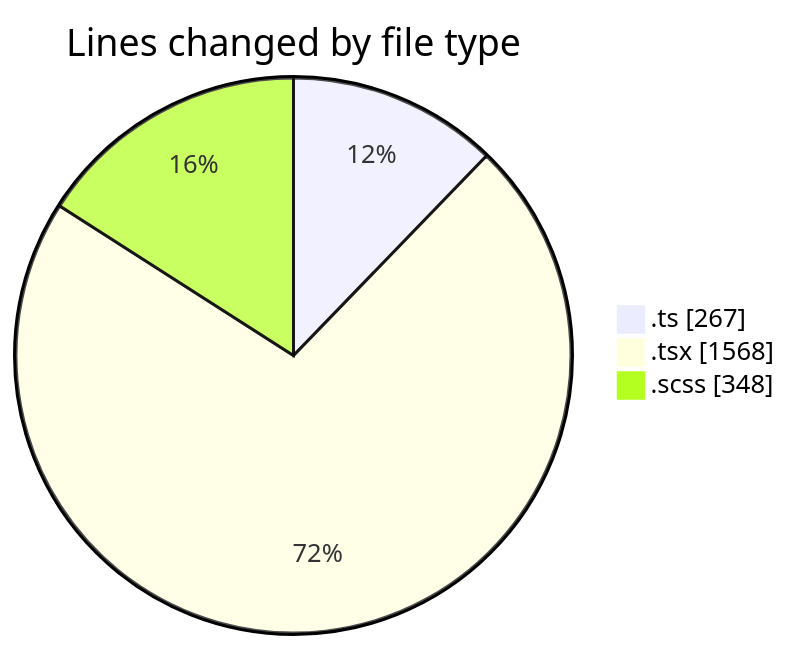
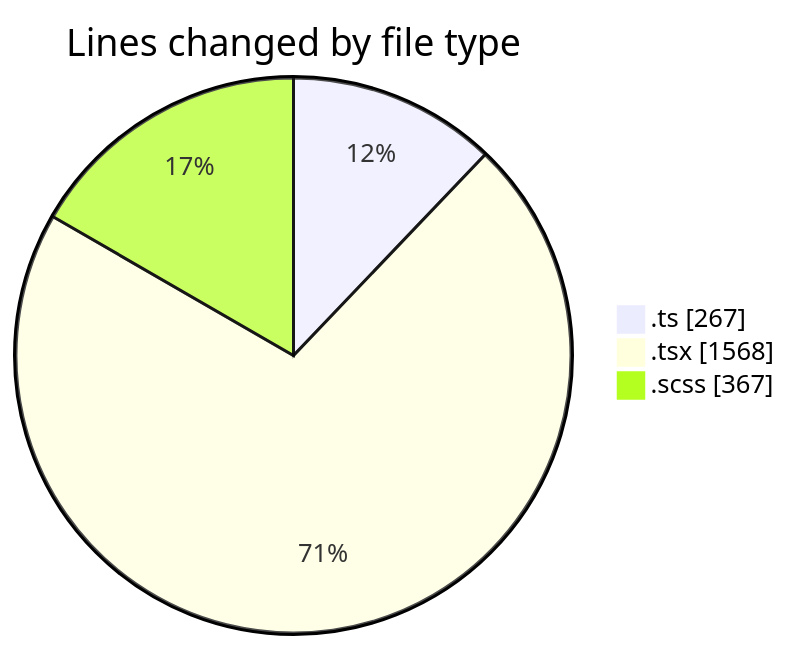
The first of 2 diagrams in 2025-05-01/cda/README.md (momahboobian/code-tracking), drawn with Mermaid before and after one commit. The commit also changed other lines of this file and 1 other file, not shown here.

````diff
--- a/2025-05-01/cda/README.md
+++ b/2025-05-01/cda/README.md
@@ -32,7 +32,7 @@
 ```mermaid
 pie showData
 title Lines changed by file type
 ".ts" : 267
 ".tsx" : 1568
-".scss" : 348
+".scss" : 367
 ```
````
